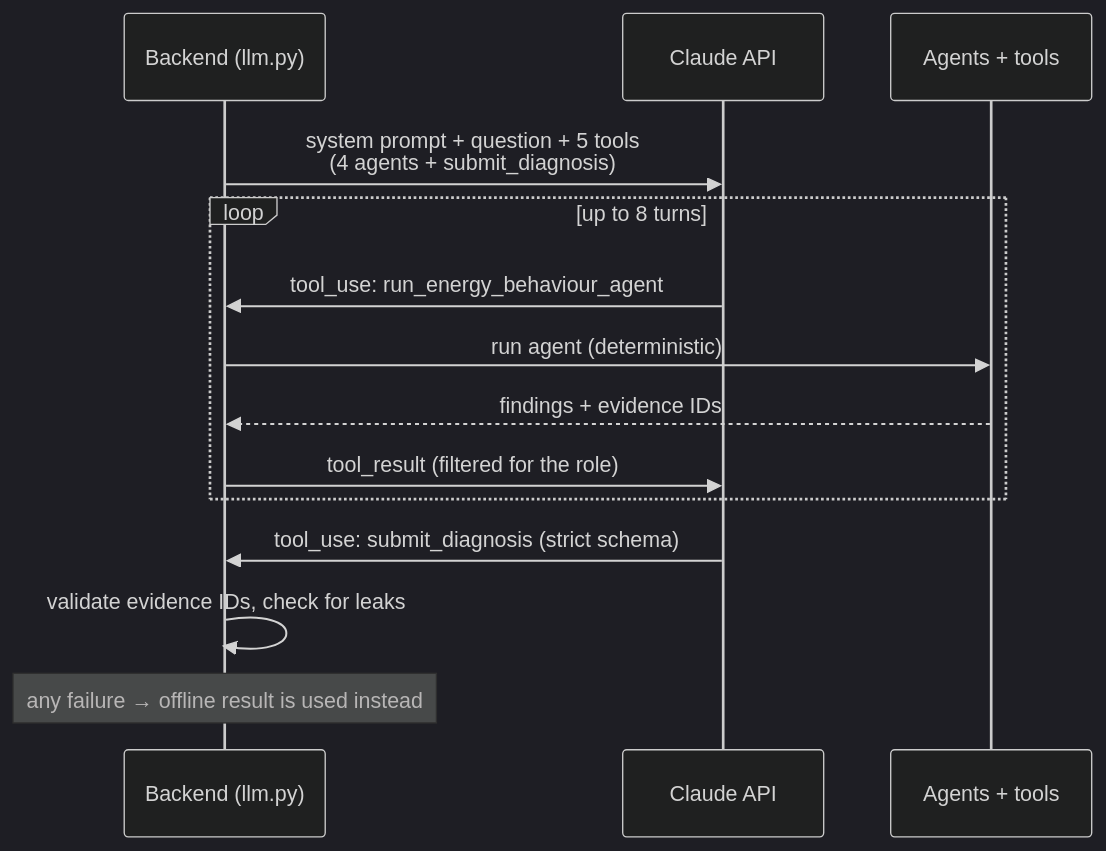
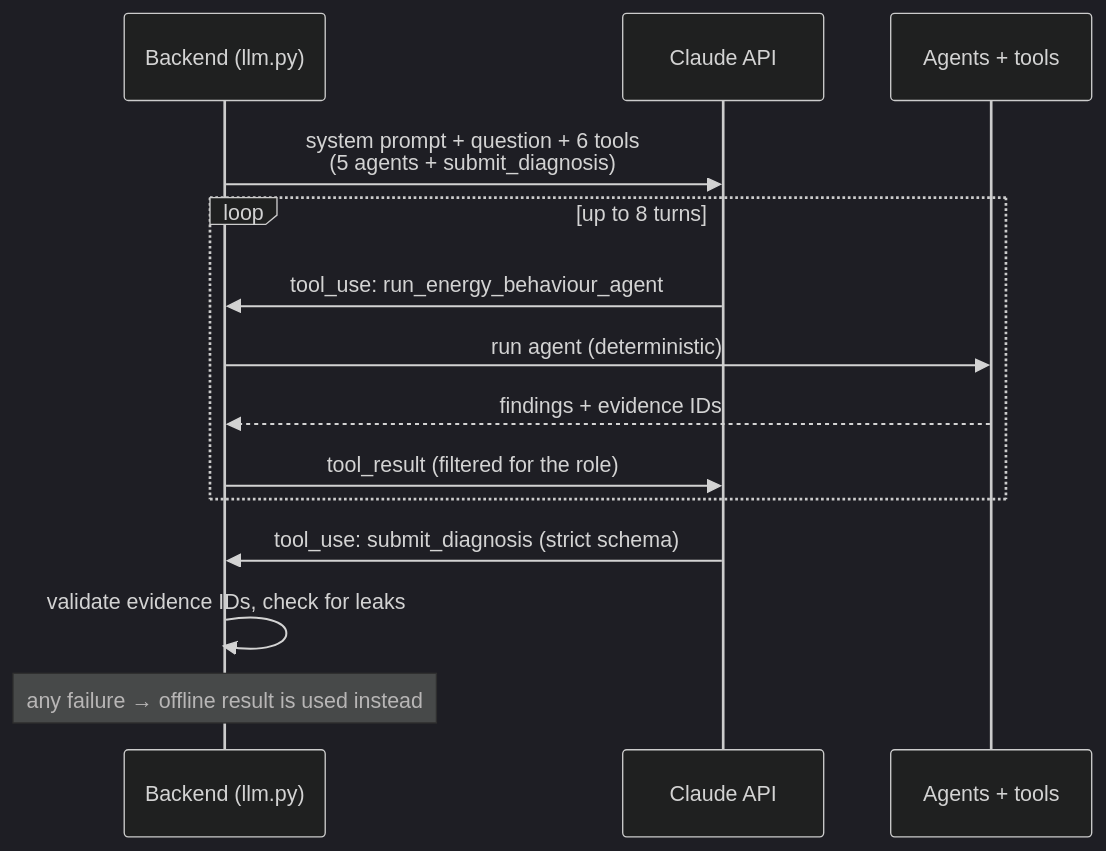
The seventh of 7 diagrams in docs/TECHNICAL.md (hannahthwe/energyos), drawn with Mermaid (dark theme) before and after one commit. The commit also changed other lines of this file and 26 other files, not shown here.

````diff
--- a/docs/TECHNICAL.md
+++ b/docs/TECHNICAL.md
@@ -278,16 +317,16 @@
 ```mermaid
 sequenceDiagram
   participant O as Backend (llm.py)
   participant C as Claude API
   participant A as Agents + tools
-  O->>C: system prompt + question + 5 tools<br/>(4 agents + submit_diagnosis)
+  O->>C: system prompt + question + 6 tools<br/>(5 agents + submit_diagnosis)
   loop up to 8 turns
     C->>O: tool_use: run_energy_behaviour_agent
     O->>A: run agent (deterministic)
     A-->>O: findings + evidence IDs
     O->>C: tool_result (filtered for the role)
   end
   C->>O: tool_use: submit_diagnosis (strict schema)
   O->>O: validate evidence IDs, check for leaks
   Note over O: any failure → offline result is used instead
 ```
````
